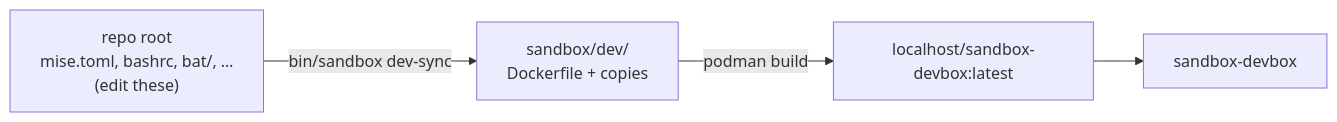
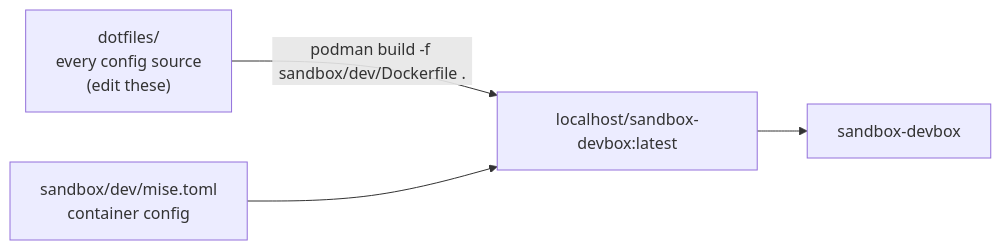
One commit to TreeHappy/Worktainer changed the second of 2 diagrams in docs/sandbox.md. Above: the diagram before and after it, drawn with Mermaid. The commit also changed other lines of this file and 66 other files, not shown here.

First line of the commit message:
dotfiles: consolidate all config sources into one dotfiles/ folder

````diff
--- a/docs/sandbox.md
+++ b/docs/sandbox.md
@@ -47,6 +49,6 @@
 ```mermaid
 flowchart LR
-    ROOT["repo root<br/>mise.toml, bashrc, bat/, …<br/>(edit these)"] -->|"bin/sandbox dev-sync"| DEV["sandbox/dev/<br/>Dockerfile + copies"]
-    DEV -->|"podman build"| IMG["localhost/sandbox-devbox:latest"]
+    DOT["dotfiles/<br/>every config source<br/>(edit these)"] -->|"podman build -f sandbox/dev/Dockerfile ."| IMG["localhost/sandbox-devbox:latest"]
+    CFG["sandbox/dev/mise.toml<br/>container config"] --> IMG
     IMG --> BOX["sandbox-devbox"]
 ```
````
